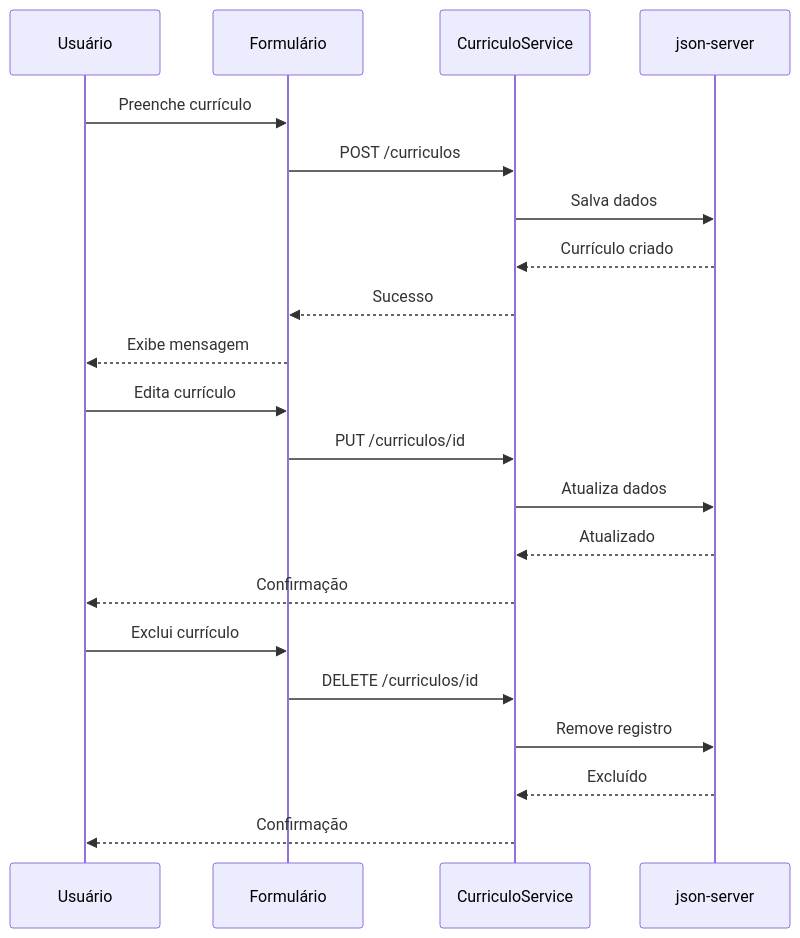
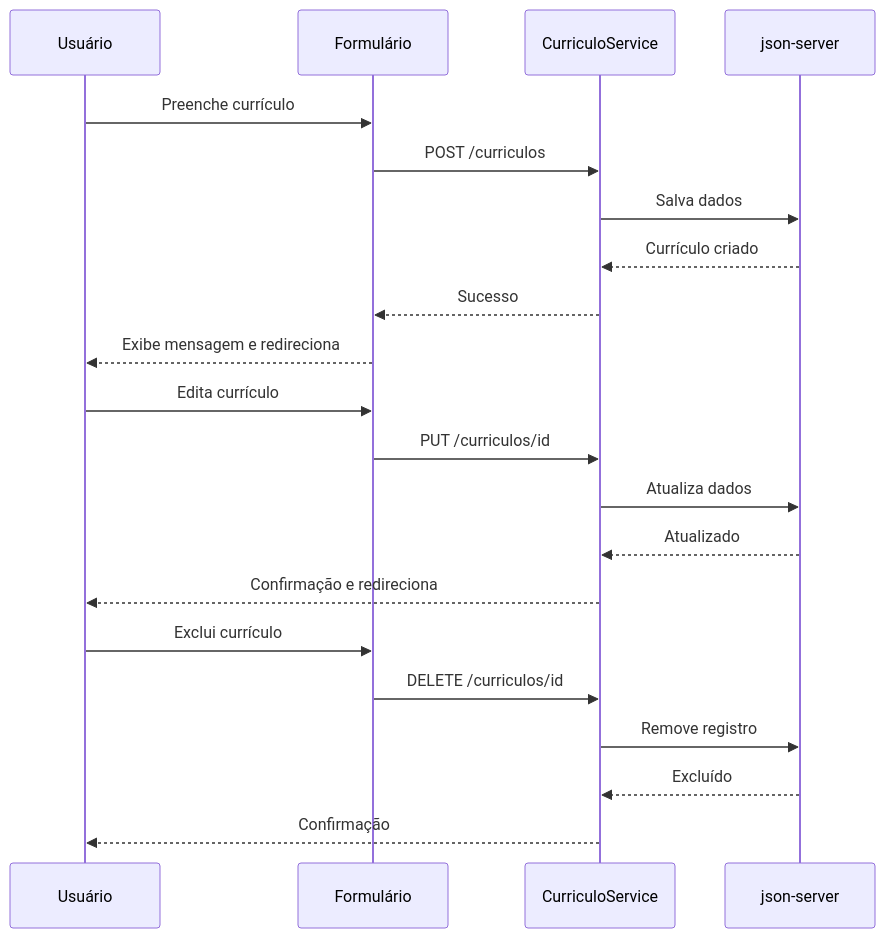
Before and after one commit to Hope0013/Projeto_RH: the fourth of 4 diagrams in README.md, drawn with Mermaid. The commit also changed other lines of this file and 23 other files, not shown here.

````diff
--- a/README.md
+++ b/README.md
@@ -287,27 +315,28 @@
 ```mermaid
 sequenceDiagram
 
 participant U as Usuário
 participant F as Formulário
 participant S as CurriculoService
 participant J as json-server
 
 U->>F: Preenche currículo
 F->>S: POST /curriculos
 S->>J: Salva dados
 J-->>S: Currículo criado
 S-->>F: Sucesso
-F-->>U: Exibe mensagem
+F-->>U: Exibe mensagem e redireciona
 
 U->>F: Edita currículo
 F->>S: PUT /curriculos/id
 S->>J: Atualiza dados
 J-->>S: Atualizado
-S-->>U: Confirmação
+S-->>U: Confirmação e redireciona
 
 U->>F: Exclui currículo
 F->>S: DELETE /curriculos/id
 S->>J: Remove registro
 J-->>S: Excluído
 S-->>U: Confirmação
+
 ```
````
